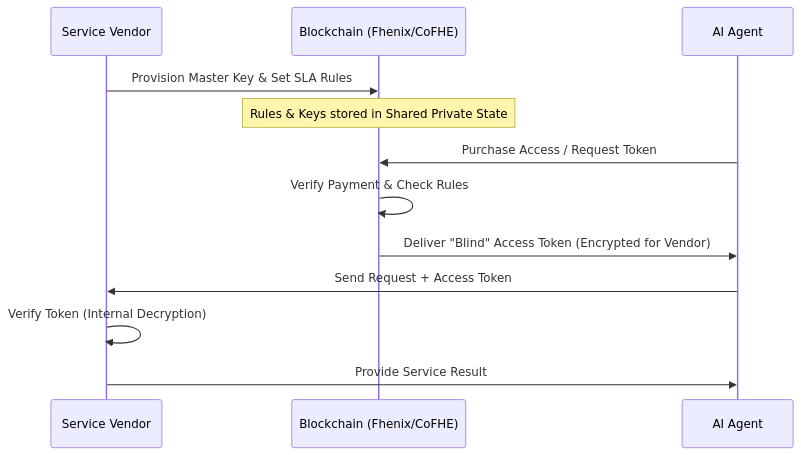
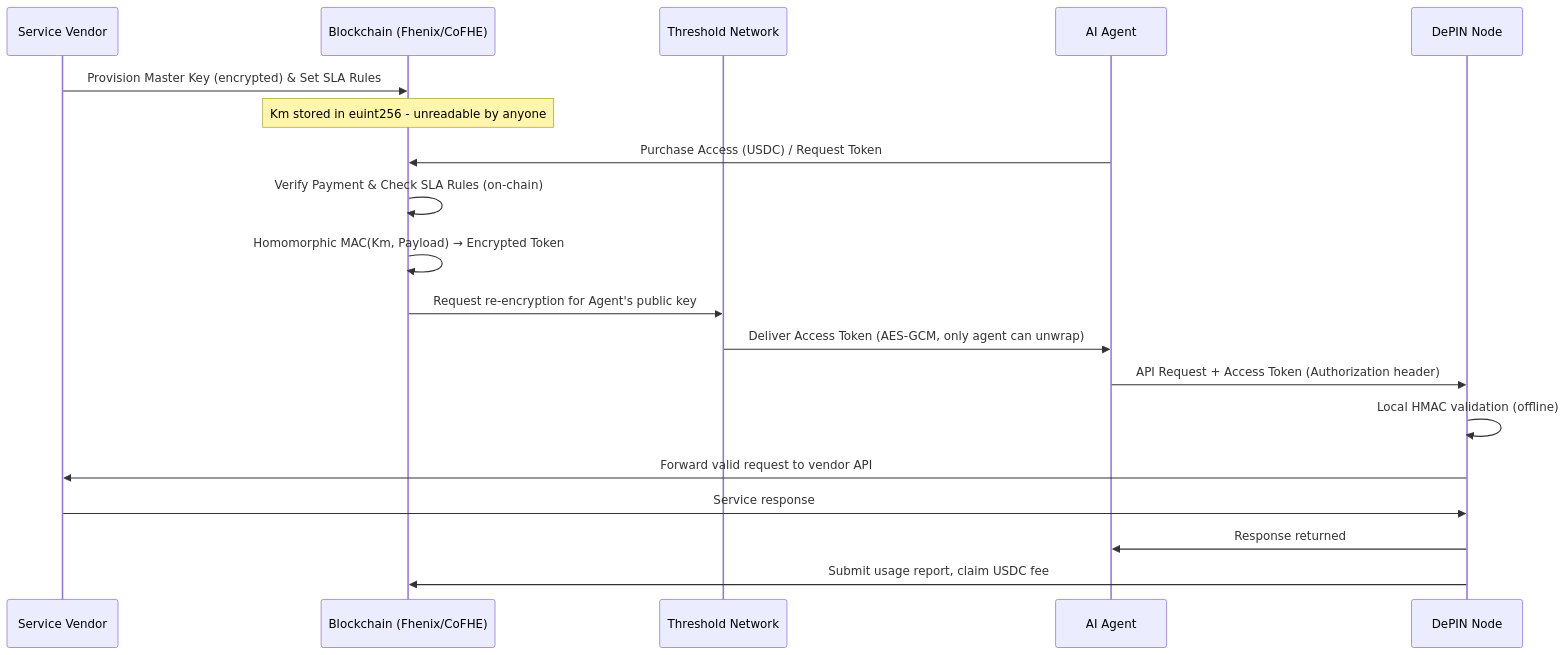
The diagram in docs/Requirements.md (imajus/fhe402), drawn with Mermaid before and after one commit. The commit also changed other lines of this file, not shown here.

````diff
--- a/docs/Requirements.md
+++ b/docs/Requirements.md
@@ -31,17 +111,24 @@
 ```mermaid
 sequenceDiagram
     participant V as Service Vendor
     participant BC as Blockchain (Fhenix/CoFHE)
+    participant TSN as Threshold Network
     participant A as AI Agent
+    participant D as DePIN Node
     
-    V->>BC: Provision Master Key & Set SLA Rules
-    Note over BC: Rules & Keys stored in Shared Private State
+    V->>BC: Provision Master Key (encrypted) & Set SLA Rules
+    Note over BC: Km stored in euint256 - unreadable by anyone
     
-    A->>BC: Purchase Access / Request Token
-    BC->>BC: Verify Payment & Check Rules
-    BC->>A: Deliver "Blind" Access Token (Encrypted for Vendor)
+    A->>BC: Purchase Access (USDC) / Request Token
+    BC->>BC: Verify Payment & Check SLA Rules (on-chain)
+    BC->>BC: Homomorphic MAC(Km, Payload) → Encrypted Token
+    BC->>TSN: Request re-encryption for Agent's public key
+    TSN->>A: Deliver Access Token (AES-GCM, only agent can unwrap)
     
-    A->>V: Send Request + Access Token
-    V->>V: Verify Token (Internal Decryption)
-    V->>A: Provide Service Result
+    A->>D: API Request + Access Token (Authorization header)
+    D->>D: Local HMAC validation (offline)
+    D->>V: Forward valid request to vendor API
+    V->>D: Service response
+    D->>A: Response returned
+    D->>BC: Submit usage report, claim USDC fee
 ```
````
